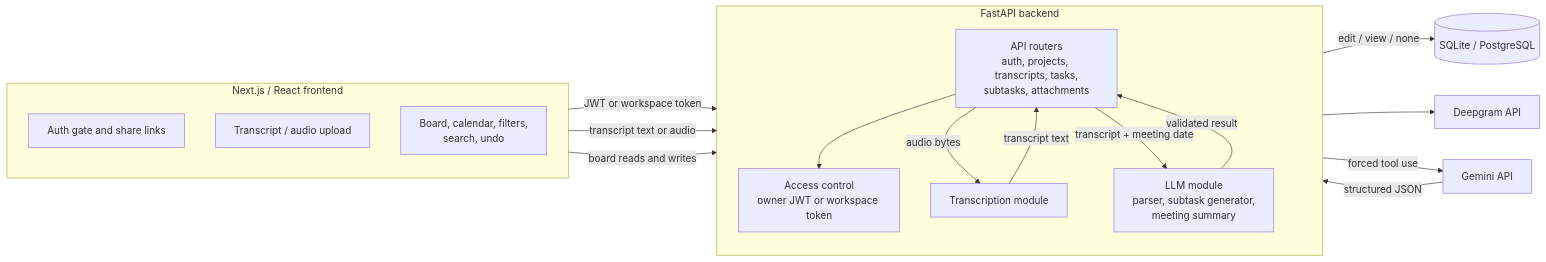
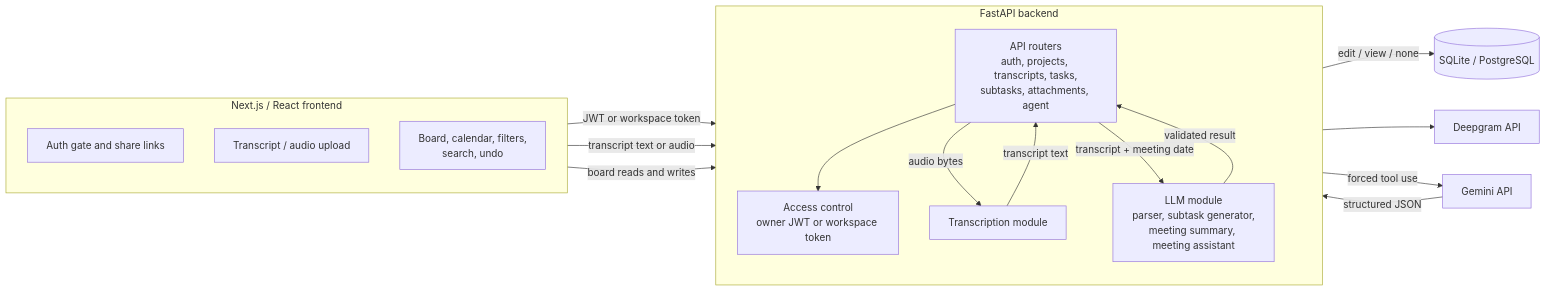
The first of 4 diagrams in docs/architecture.md (chinliong/meeting-orchestrator), drawn with Mermaid before and after one commit. The commit also changed other lines of this file, not shown here.

Commit message:
Add the assistant and deployment to the architecture doc

````diff
--- a/docs/architecture.md
+++ b/docs/architecture.md
@@ -34,34 +34,34 @@
 ```mermaid
 flowchart LR
     subgraph Client[Next.js / React frontend]
         direction TB
         A[Auth gate and share links]
         U[Transcript / audio upload]
         K[Board, calendar, filters,<br/>search, undo]
     end
 
     subgraph API[FastAPI backend]
         direction TB
-        R[API routers<br/>auth, projects, transcripts, tasks,<br/>subtasks, attachments]
+        R[API routers<br/>auth, projects, transcripts, tasks,<br/>subtasks, attachments, agent]
         AC[Access control<br/>owner JWT or workspace token]
-        L[LLM module<br/>parser, subtask generator,<br/>meeting summary]
+        L[LLM module<br/>parser, subtask generator,<br/>meeting summary, meeting assistant]
         W[Transcription module]
     end
 
     DB[(SQLite / PostgreSQL)]
     G[Gemini API]
     D[Deepgram API]
 
     A -->|JWT or workspace token| R
     U -->|transcript text or audio| R
     K -->|board reads and writes| R
     R --> AC
     AC -->|edit / view / none| DB
     R -->|audio bytes| W
     W -->|transcript text| R
     W --> D
     R -->|transcript + meeting date| L
     L -->|forced tool use| G
     G -->|structured JSON| L
     L -->|validated result| R
 ```
````
